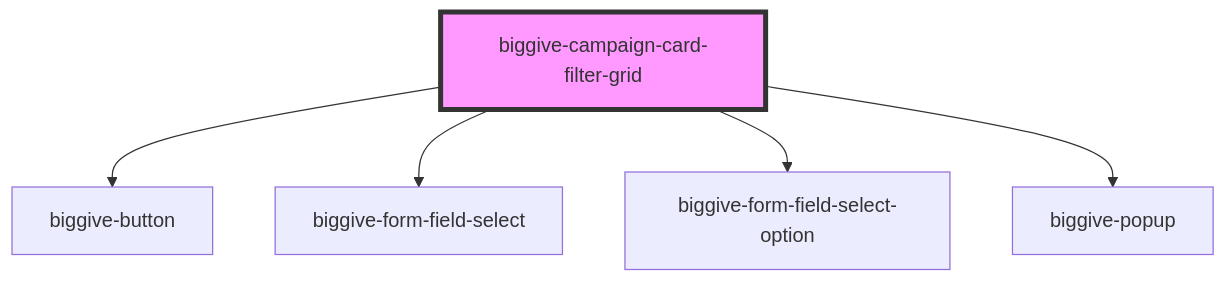
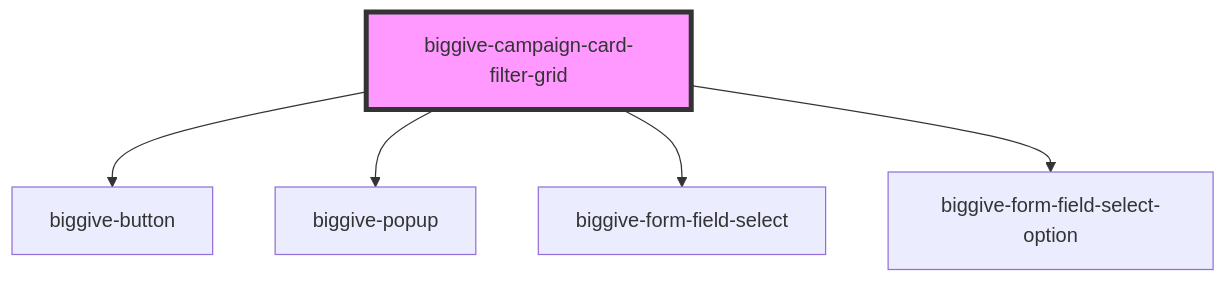
One commit to thebiggive/donate-frontend changed the diagram in src/components/biggive-campaign-card-filter-grid/readme.md. Above: the diagram before and after it, drawn with Mermaid. The commit also changed other lines of this file and 1 other file, not shown here.

````diff
--- a/src/components/biggive-campaign-card-filter-grid/readme.md
+++ b/src/components/biggive-campaign-card-filter-grid/readme.md
@@ -45,8 +45,8 @@
 ```mermaid
 graph TD;
   biggive-campaign-card-filter-grid --> biggive-button
+  biggive-campaign-card-filter-grid --> biggive-popup
   biggive-campaign-card-filter-grid --> biggive-form-field-select
   biggive-campaign-card-filter-grid --> biggive-form-field-select-option
-  biggive-campaign-card-filter-grid --> biggive-popup
   style biggive-campaign-card-filter-grid fill:#f9f,stroke:#333,stroke-width:4px
 ```
````
